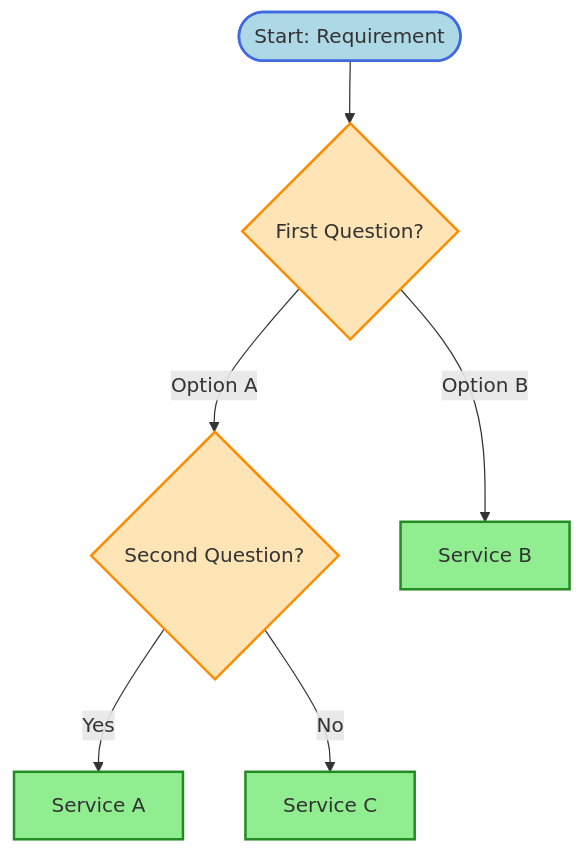
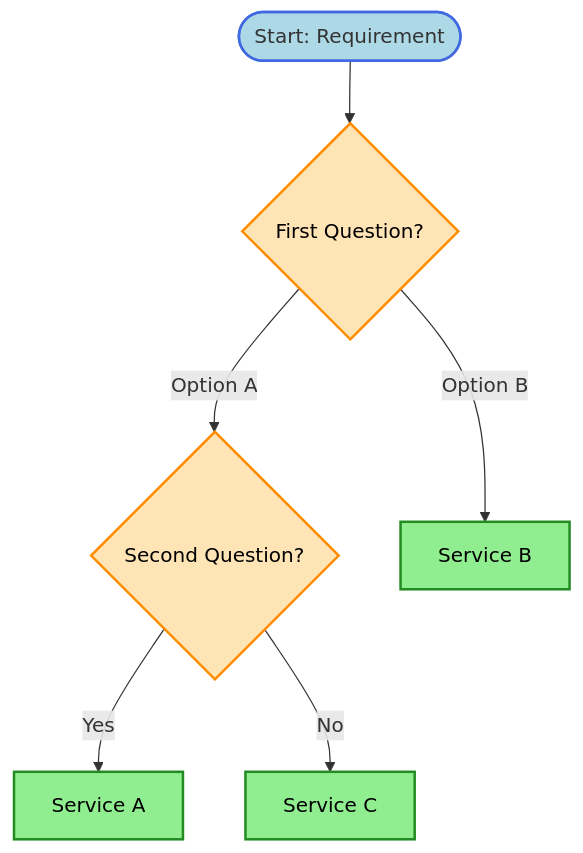
The diagram in aws-architecture-decisions/diagrams/TEMPLATE.md (intelliswarm-ai/aws-architectures), drawn with Mermaid before and after one commit. The commit also changed 13 other files, not shown here.

````diff
--- a/aws-architecture-decisions/diagrams/TEMPLATE.md
+++ b/aws-architecture-decisions/diagrams/TEMPLATE.md
@@ -7,19 +7,19 @@
 ```mermaid
 flowchart TD
     Start([Start: Requirement]) --> Q1{First Question?}
 
     Q1 -->|Option A| Q2{Second Question?}
     Q1 -->|Option B| ServiceB[Service B]
 
     Q2 -->|Yes| ServiceA[Service A]
     Q2 -->|No| ServiceC[Service C]
 
     %% Styling
-    classDef service fill:#90EE90,stroke:#228B22,stroke-width:2px
-    classDef question fill:#FFE4B5,stroke:#FF8C00,stroke-width:2px
+    classDef service fill:#90EE90,stroke:#228B22,stroke-width:2px,color:#000000
+    classDef question fill:#FFE4B5,stroke:#FF8C00,stroke-width:2px,color:#000000
     classDef start fill:#ADD8E6,stroke:#4169E1,stroke-width:2px
 
     class Start start
     class Q1,Q2 question
     class ServiceA,ServiceB,ServiceC service
 ```
````
